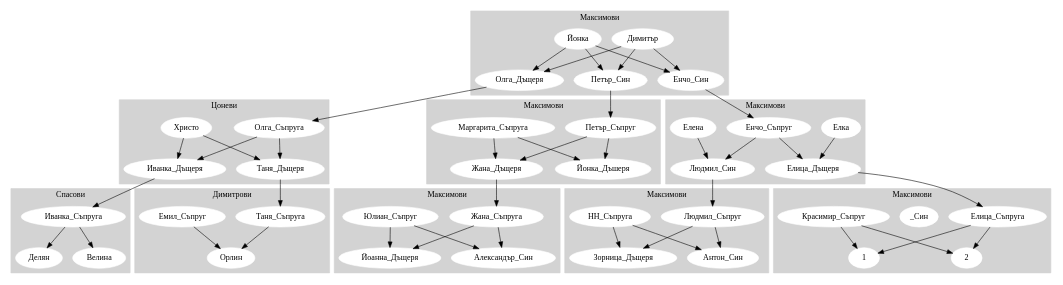
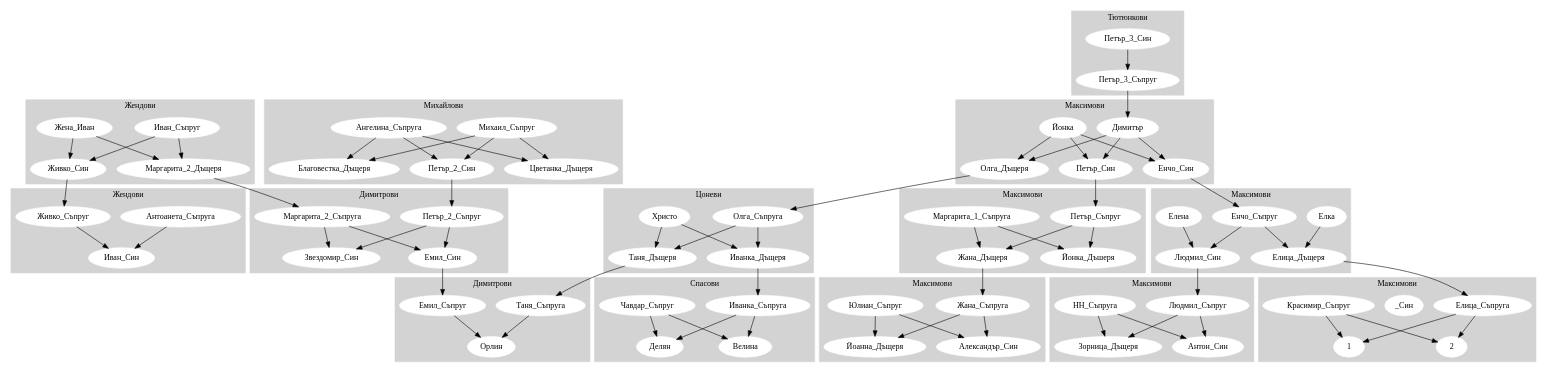
One commit to orlin369/tree changed the diagram in tree.dot. Above: the diagram before and after it, drawn with Graphviz. The commit also changed 1 other file, not shown here.

```diff
--- a/tree.dot
+++ b/tree.dot
@@ -1,108 +1,167 @@
 digraph G {
   
   subgraph cluster_1 {
+    label = "Максимови";
     style=filled;
     color=lightgrey;
     node [style=filled,color=white];
     Димитър->Олга_Дъщеря;
     Йонка->Олга_Дъщеря;
     Димитър->Петър_Син;
     Йонка->Петър_Син;
     Димитър->Енчо_Син;
     Йонка->Енчо_Син;
-    label = "Максимови";
   }
 
   subgraph cluster_2 {
+    label = "Цоневи";
     style=filled;
     color=lightgrey;
     node [style=filled,color=white];
     Олга_Дъщеря->Олга_Съпруга;
     Олга_Съпруга->Иванка_Дъщеря;
     Олга_Съпруга->Таня_Дъщеря;
     Христо->Иванка_Дъщеря;
     Христо->Таня_Дъщеря;
-    label = "Цоневи";
   }
 
   subgraph cluster_3 {
+    label = "Спасови";
     style=filled;
     color=lightgrey;
     node [style=filled,color=white];
     Иванка_Дъщеря->Иванка_Съпруга;
+    Чавдар_Съпруг->Делян;
     Иванка_Съпруга->Делян;
+    Чавдар_Съпруг->Велина;
     Иванка_Съпруга->Велина;
-    label = "Спасови";
   }
   
   subgraph cluster_4 {
+    label = "Димитрови";
     style=filled;
     color=lightgrey;
     node [style=filled,color=white];
     Таня_Дъщеря->Таня_Съпруга;
     Таня_Съпруга->Орлин;
     Емил_Съпруг->Орлин;
-    label = "Димитрови";
   }
 
   subgraph cluster_5 {
+    label = "Максимови";
     style=filled;
     color=lightgrey;
     node [style=filled,color=white];
     Енчо_Син->Енчо_Съпруг;
     Елена->Людмил_Син;
     Елка->Елица_Дъщеря;
     Енчо_Съпруг->Людмил_Син;
     Енчо_Съпруг->Елица_Дъщеря;
-    label = "Максимови";
   }
 
   subgraph cluster_6 {
+    label = "Максимови";
     style=filled;
     color=lightgrey;
     node [style=filled,color=white];
     Петър_Син->Петър_Съпруг;
-    Маргарита_Съпруга->Жана_Дъщеря;
+    Маргарита_1_Съпруга->Жана_Дъщеря;
     Петър_Съпруг->Жана_Дъщеря;
-    Маргарита_Съпруга->Йонка_Дъшеря;
+    Маргарита_1_Съпруга->Йонка_Дъшеря;
     Петър_Съпруг->Йонка_Дъшеря;
-    label = "Максимови";
   }
   
   subgraph cluster_7 {
+    label = "Максимови";
     style=filled;
     color=lightgrey;
     node [style=filled,color=white];
     Жана_Дъщеря->Жана_Съпруга;
     Жана_Съпруга->Йоанна_Дъщеря;
     Юлиан_Съпруг->Йоанна_Дъщеря;
     Жана_Съпруга->Александър_Син;
     Юлиан_Съпруг->Александър_Син;
-    label = "Максимови";
   }
 
   subgraph cluster_8 {
+    label = "Максимови";
     style=filled;
     color=lightgrey;
     node [style=filled,color=white];
     Людмил_Син->Людмил_Съпруг;
     НН_Съпруга->Зорница_Дъщеря;
     Людмил_Съпруг->Зорница_Дъщеря;
     НН_Съпруга->Антон_Син;
     Людмил_Съпруг->Антон_Син;
-    label = "Максимови";
   }
 
   subgraph cluster_9 {
+    label = "Максимови";
     style=filled;
     color=lightgrey;
     node [style=filled,color=white];
     Елица_Дъщеря->Елица_Съпруга;
     Елица_Съпруга->1_Син;
     Красимир_Съпруг->1_Син;
     Елица_Съпруга->2_Син;
     Красимир_Съпруг->2_Син;
-    label = "Максимови";
+  }
+
+  subgraph cluster_10 {
+    label = "Жендови";
+    style=filled;
+    color=lightgrey;
+    node [style=filled,color=white];
+    Иван_Съпруг->Живко_Син;
+    Жена_Иван->Живко_Син;
+    Иван_Съпруг->Маргарита_2_Дъщеря;
+    Жена_Иван->Маргарита_2_Дъщеря;
+  }
+
+  subgraph cluster_11 {
+    label = "Жендови";
+    style=filled;
+    color=lightgrey;
+    node [style=filled,color=white];
+    Антоанета_Съпруга->Иван_Син;
+    Живко_Съпруг->Иван_Син;
+    Живко_Син->Живко_Съпруг;
+  }
+
+  subgraph cluster_12 {
+    label = "Димитрови";
+    style=filled;
+    color=lightgrey;
+    node [style=filled,color=white];
+    Петър_2_Съпруг->Звездомир_Син;
+    Маргарита_2_Съпруга->Звездомир_Син;
+    Петър_2_Съпруг->Емил_Син;
+    Маргарита_2_Съпруга->Емил_Син;
+    Маргарита_2_Дъщеря->Маргарита_2_Съпруга;
+    Емил_Син->Емил_Съпруг
+  }
+
+  subgraph cluster_13 {
+    label = "Михайлови";
+    style=filled;
+    color=lightgrey;
+    node [style=filled,color=white];
+    Михаил_Съпруг->Благовестка_Дъщеря;
+    Ангелина_Съпруга->Благовестка_Дъщеря;
+    Михаил_Съпруг->Петър_2_Син;
+    Ангелина_Съпруга->Петър_2_Син;
+    Михаил_Съпруг->Цветанка_Дъщеря;
+    Ангелина_Съпруга->Цветанка_Дъщеря;
+    Петър_2_Син->Петър_2_Съпруг;
+  }
+
+  subgraph cluster_14 {
+    label = "Тютюнкови";
+    style=filled;
+    color=lightgrey;
+    node [style=filled,color=white];
+    Петър_3_Син->Петър_3_Съпруг;
+    Петър_3_Съпруг->Димитър;
   }
 
 }
```
